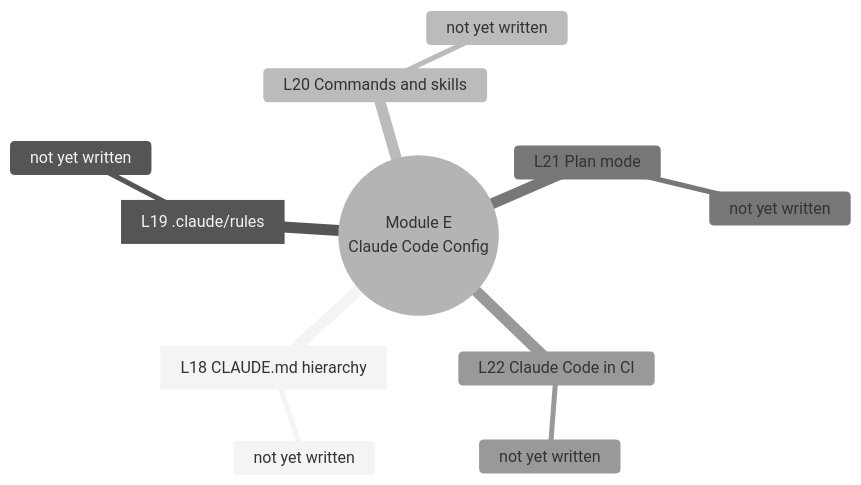
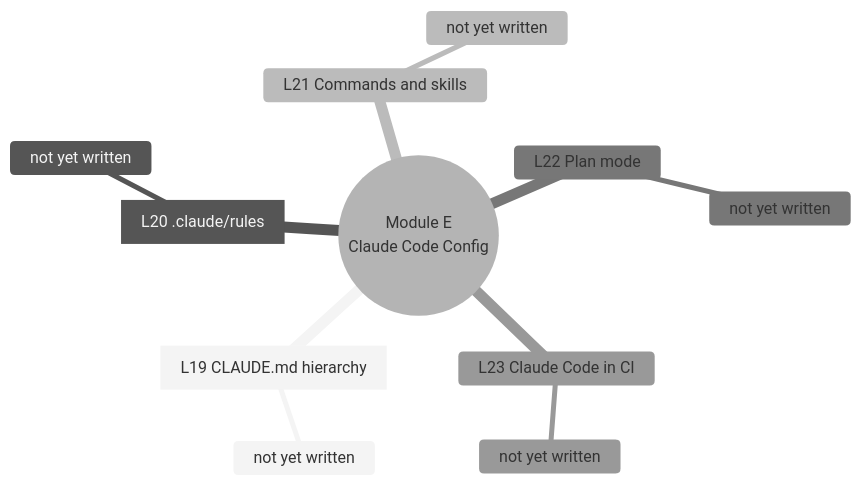
Before and after one commit to richierob62/claude-code-architect: the sixth of 10 diagrams in mindmap.md, drawn with Mermaid (neutral theme). The commit also changed other lines of this file and 3 other files, not shown here.

````diff
--- a/mindmap.md
+++ b/mindmap.md
@@ -166,14 +185,14 @@
 ```mermaid
 mindmap
   root((Module E<br/>Claude Code Config))
-    ["L18 CLAUDE.md hierarchy"]
+    ["L19 CLAUDE.md hierarchy"]
       not yet written
-    ["L19 .claude/rules"]
+    ["L20 .claude/rules"]
       not yet written
-    L20 Commands and skills
+    L21 Commands and skills
       not yet written
-    L21 Plan mode
+    L22 Plan mode
       not yet written
-    L22 Claude Code in CI
+    L23 Claude Code in CI
       not yet written
 ```
````
